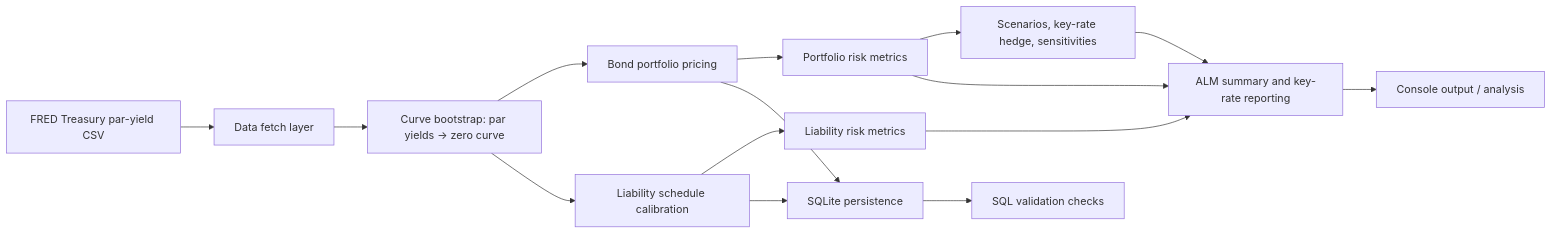
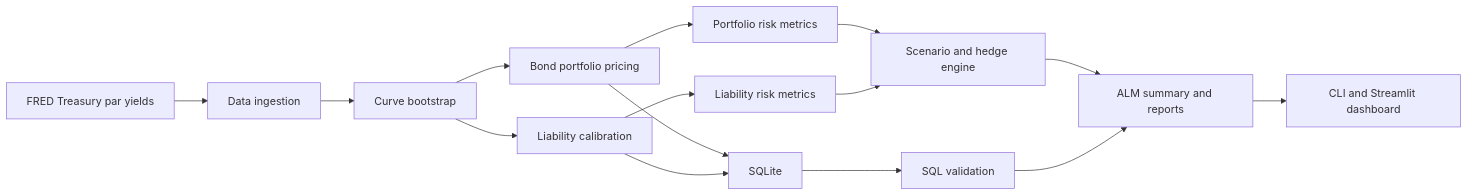
The diagram in README.md (Manal9667/ALM-Risk-Simulator), drawn with Mermaid before and after one commit. The commit also changed other lines of this file, not shown here.

````diff
--- a/README.md
+++ b/README.md
@@ -45,17 +102,17 @@
 ```mermaid
 flowchart LR
-    A[FRED Treasury par-yield CSV] --> B[Data fetch layer]
-    B --> C[Curve bootstrap: par yields -> zero curve]
+    A[FRED Treasury par yields] --> B[Data ingestion]
+    B --> C[Curve bootstrap]
     C --> D[Bond portfolio pricing]
-    C --> E[Liability schedule calibration]
+    C --> E[Liability calibration]
     D --> F[Portfolio risk metrics]
-    F --> L[Scenarios, key-rate hedge, sensitivities]
     E --> G[Liability risk metrics]
-    D --> H[SQLite persistence]
+    D --> H[SQLite]
     E --> H
-    F --> I[ALM summary and key-rate reporting]
+    F --> I[Scenario and hedge engine]
     G --> I
-    L --> I
-    H --> J[SQL validation checks]
-    I --> K[Console output / analysis]
+    H --> J[SQL validation]
+    I --> K[ALM summary and reports]
+    J --> K
+    K --> L[CLI and Streamlit dashboard]
 ```
````
